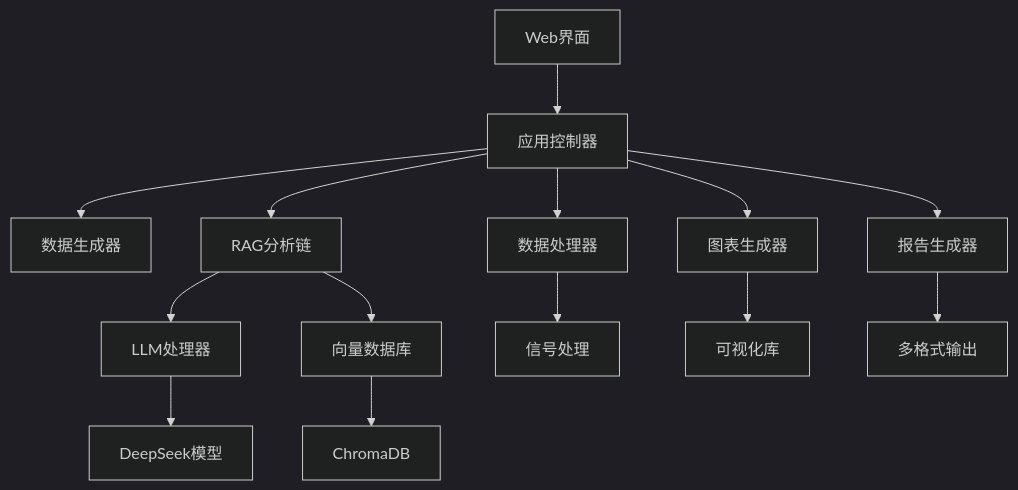
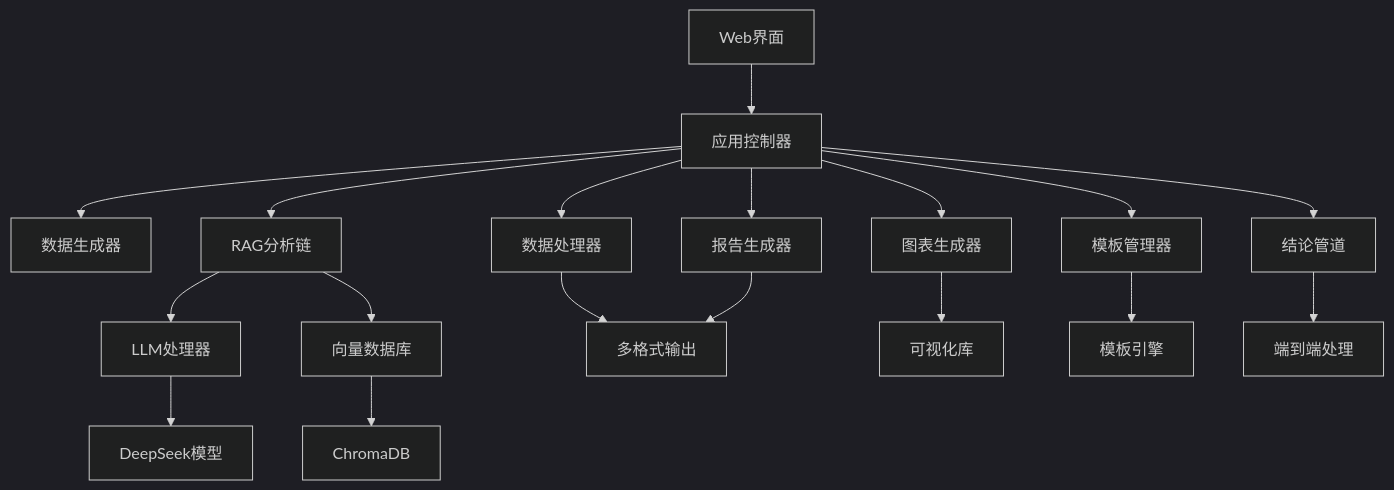
One commit to zecss123/CMS changed the diagram in README.md. Above: the diagram before and after it, drawn with Mermaid (dark theme). The commit also changed other lines of this file and 211 other files, not shown here.

````diff
--- a/README.md
+++ b/README.md
@@ -262,17 +864,21 @@
 ```mermaid
 graph TB
     A[Web界面] --> B[应用控制器]
     B --> C[数据生成器]
     B --> D[RAG分析链]
     D --> E[LLM处理器]
     D --> F[向量数据库]
     B --> G[数据处理器]
     B --> H[图表生成器]
     B --> I[报告生成器]
+    B --> J[模板管理器]
+    B --> K[结论管道]
     
-    E --> J[DeepSeek模型]
-    F --> K[ChromaDB]
-    G --> L[信号处理]
-    H --> M[可视化库]
+    E --> L[DeepSeek模型]
+    F --> M[ChromaDB]
+    G --> N[信号处理]
+    H --> O[可视化库]
+    J --> P[模板引擎]
+    K --> Q[端到端处理]
     I --> N[多格式输出]
 ```
````
